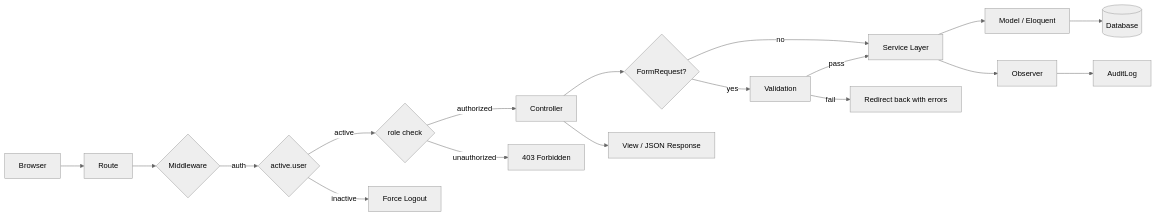
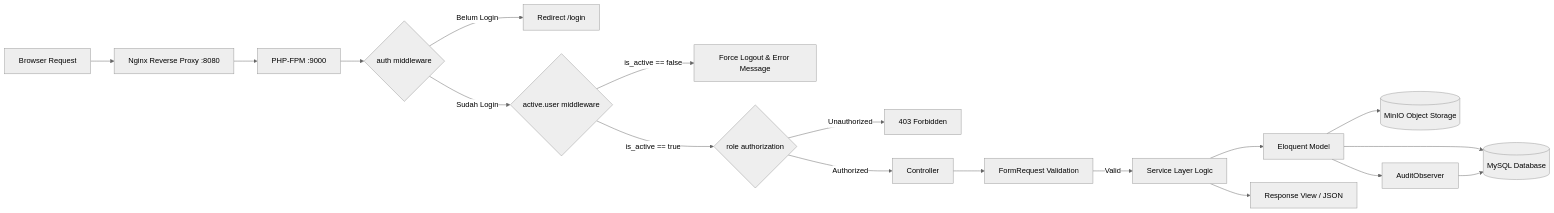
Before and after one commit to dhimms/BEAUTY_CRM: the sixth of 8 diagrams in docs/beauty_crm_analysis.md, drawn with Mermaid (neutral theme). The commit also changed other lines of this file and 33 other files, not shown here.

````diff
--- a/docs/beauty_crm_analysis.md
+++ b/docs/beauty_crm_analysis.md
@@ -584,20 +443,20 @@
 ```mermaid
 flowchart LR
-    A[Browser] --> B[Route]
-    B --> C{Middleware}
-    C -->|auth| D{active.user}
-    D -->|active| E{role check}
-    E -->|authorized| F[Controller]
-    F --> G{FormRequest?}
-    G -->|yes| H[Validation]
-    H -->|pass| I[Service Layer]
-    H -->|fail| J[Redirect back with errors]
-    G -->|no| I
-    I --> K[Model / Eloquent]
-    K --> L[(Database)]
-    I --> M[Observer]
-    M --> N[AuditLog]
-    F --> O[View / JSON Response]
-    D -->|inactive| P[Force Logout]
-    E -->|unauthorized| Q[403 Forbidden]
+    A[Browser Request] --> B[Nginx Reverse Proxy :8080]
+    B --> C[PHP-FPM :9000]
+    C --> D{auth middleware}
+    D -->|Belum Login| L[Redirect /login]
+    D -->|Sudah Login| E{active.user middleware}
+    E -->|is_active == false| F[Force Logout & Error Message]
+    E -->|is_active == true| G{role authorization}
+    G -->|Unauthorized| H[403 Forbidden]
+    G -->|Authorized| I[Controller]
+    I --> J[FormRequest Validation]
+    J -->|Valid| K[Service Layer Logic]
+    K --> M[Eloquent Model]
+    M --> DB[(MySQL Database)]
+    M --> S3[(MinIO Object Storage)]
+    M --> OBS[AuditObserver]
+    OBS --> DB
+    K --> N[Response View / JSON]
 ```
````
